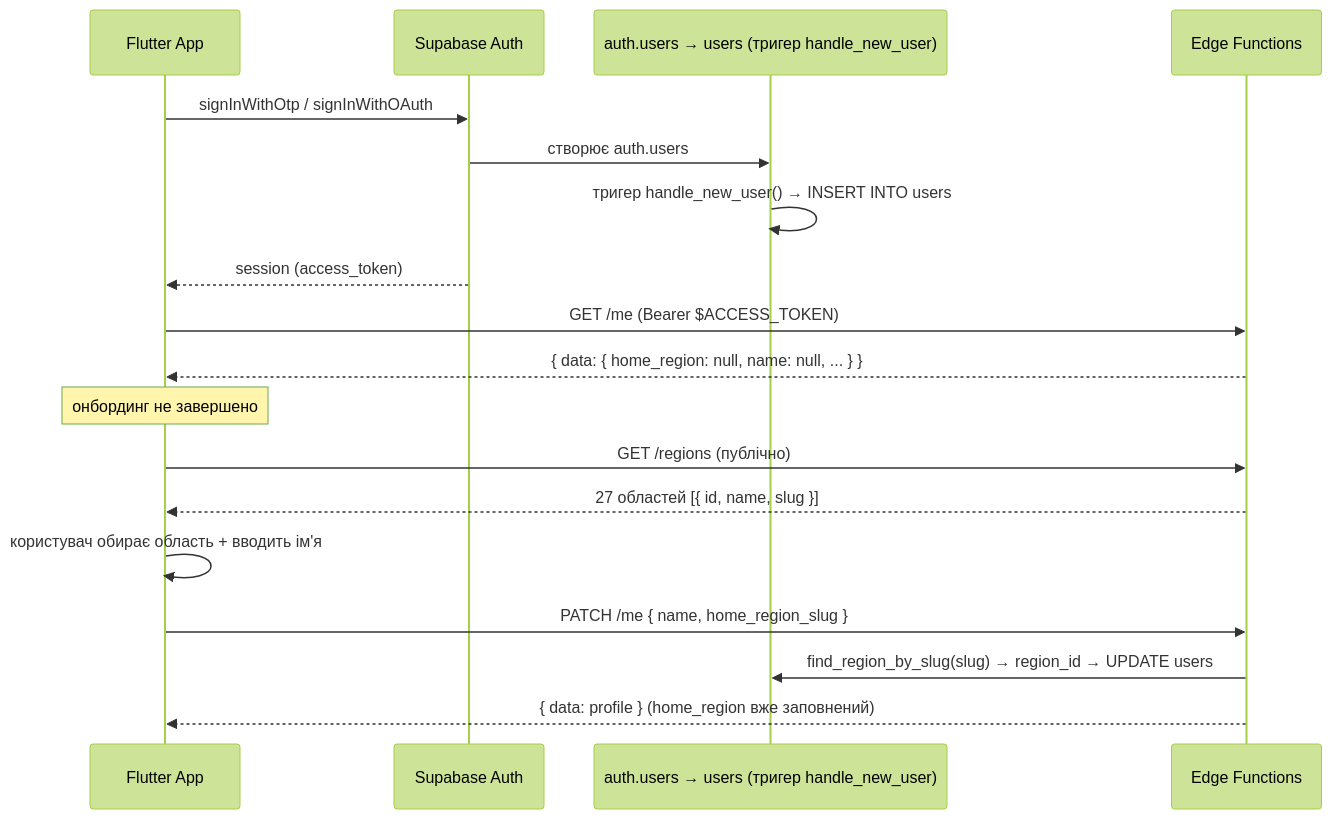
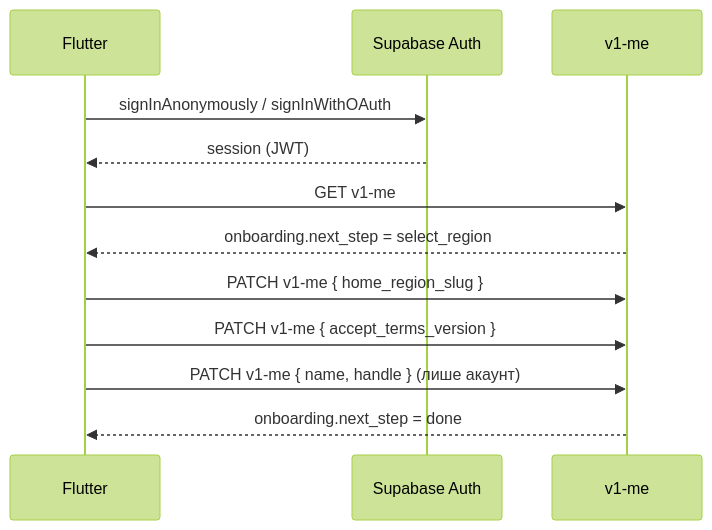
One commit to bronukgroup123-huy/desktop-tutorial changed the diagram in docs/AUTH_FLOW.md. Above: the diagram before and after it, drawn with Mermaid (forest theme). The commit also changed other lines of this file and 4 other files, not shown here.

First line of the commit message:
DOC-001: AUTH_FLOW, DB_SCHEMA, API, README і BACKEND_PLAN звірено з кодом

````diff
--- a/docs/AUTH_FLOW.md
+++ b/docs/AUTH_FLOW.md
@@ -65,21 +65,14 @@
 ```mermaid
 sequenceDiagram
-    participant App as Flutter App
+    participant App as Flutter
     participant Auth as Supabase Auth
-    participant DB as auth.users → users (тригер handle_new_user)
-    participant API as Edge Functions
-
-    App->>Auth: signInWithOtp / signInWithOAuth
-    Auth->>DB: створює auth.users
-    DB->>DB: тригер handle_new_user() → INSERT INTO users
-    Auth-->>App: session (access_token)
-    App->>API: GET /me (Bearer $ACCESS_TOKEN)
-    API-->>App: { data: { home_region: null, name: null, ... } }
-    Note over App: онбординг не завершено
-    App->>API: GET /regions (публічно)
-    API-->>App: 27 областей [{ id, name, slug }]
-    App->>App: користувач обирає область + вводить ім'я
-    App->>API: PATCH /me { name, home_region_slug }
-    API->>DB: find_region_by_slug(slug) → region_id → UPDATE users
-    API-->>App: { data: profile } (home_region вже заповнений)
+    participant API as v1-me
+    App->>Auth: signInAnonymously / signInWithOAuth
+    Auth-->>App: session (JWT)
+    App->>API: GET v1-me
+    API-->>App: onboarding.next_step = select_region
+    App->>API: PATCH v1-me { home_region_slug }
+    App->>API: PATCH v1-me { accept_terms_version }
+    App->>API: PATCH v1-me { name, handle }  (лише акаунт)
+    API-->>App: onboarding.next_step = done
 ```
````
